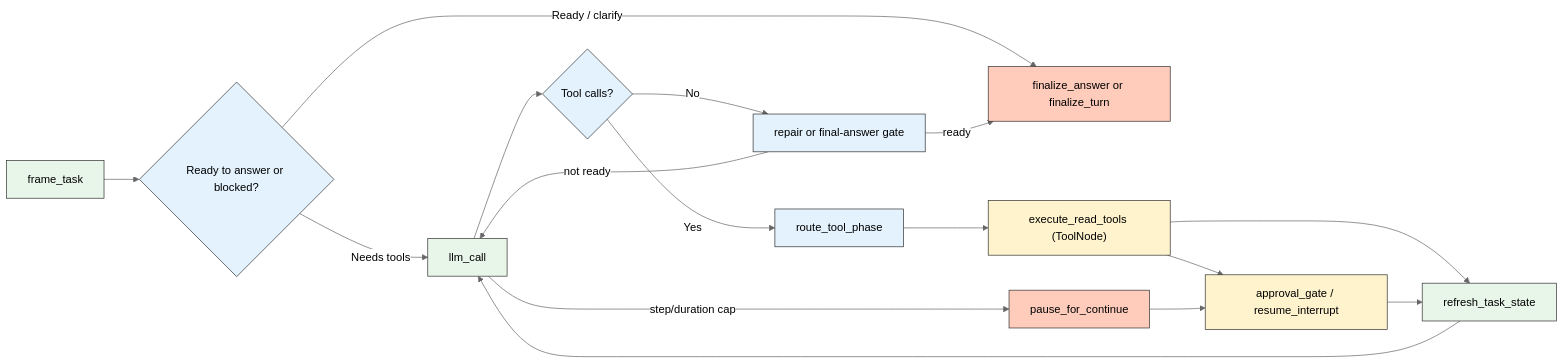
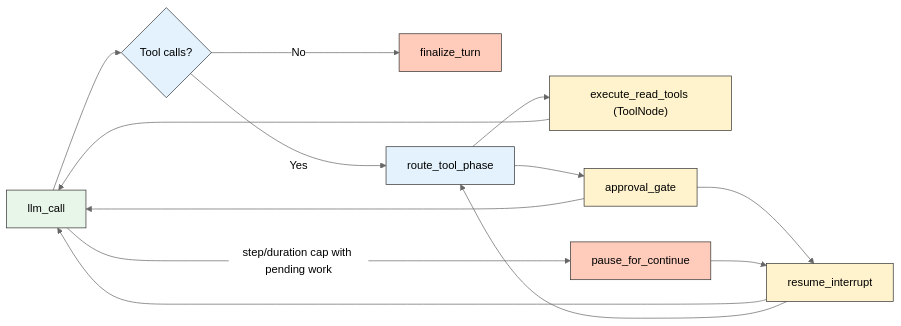
The second of 2 diagrams in docs/architecture/PIPELINE.md (BokX1/Sage), drawn with Mermaid (neutral theme) before and after one commit. The commit also changed other lines of this file and 11 other files, not shown here.

Commit message:
refactor(runtime): remove intent-framed graph layer

````diff
--- a/docs/architecture/PIPELINE.md
+++ b/docs/architecture/PIPELINE.md
@@ -96,23 +96,20 @@
 ```mermaid
 flowchart LR
     classDef llm fill:#e8f5e9,stroke:#333,color:black
     classDef route fill:#e3f2fd,stroke:#333,color:black
     classDef execute fill:#fff3cd,stroke:#333,color:black
     classDef result fill:#ffccbc,stroke:#333,color:black
 
-    A["frame_task"]:::llm --> B{"Ready to answer or blocked?"}:::route
-    B -->|Needs tools| C["llm_call"]:::llm
-    B -->|Ready / clarify| H["finalize_answer or finalize_turn"]:::result
-    C --> D{"Tool calls?"}:::route
-    D -->|No| I["repair or final-answer gate"]:::route
-    D -->|Yes| E["route_tool_phase"]:::route
-    E --> F["execute_read_tools (ToolNode)"]:::execute
-    F --> G["approval_gate / resume_interrupt"]:::execute
-    F --> J["refresh_task_state"]:::llm
-    G --> J
-    J --> C
-    I -->|ready| H
-    I -->|not ready| C
-    C -->|"step/duration cap"| K["pause_for_continue"]:::result
-    K --> G
+    A["llm_call"]:::llm --> B{"Tool calls?"}:::route
+    B -->|No| G["finalize_turn"]:::result
+    B -->|Yes| C["route_tool_phase"]:::route
+    C --> D["execute_read_tools (ToolNode)"]:::execute
+    C --> E["approval_gate"]:::execute
+    D --> A
+    E --> F["resume_interrupt"]:::execute
+    E --> A
+    F --> A
+    F --> C
+    A -->|"step/duration cap with pending work"| H["pause_for_continue"]:::result
+    H --> F
 ```
````
